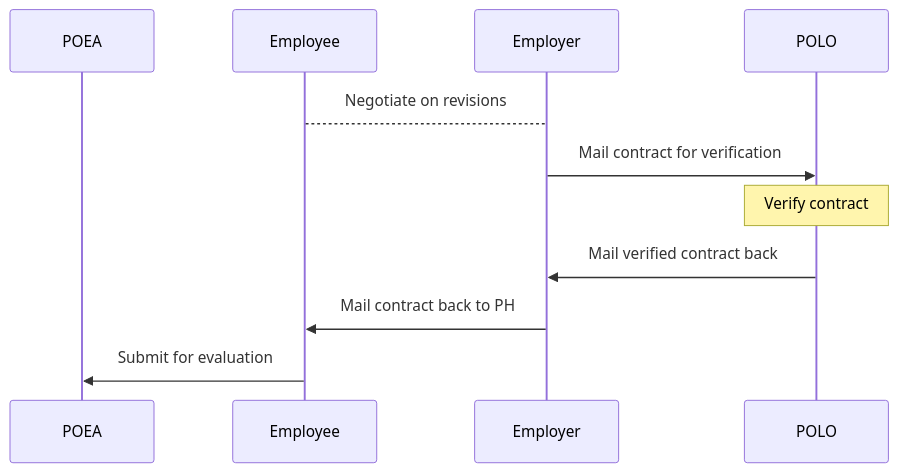
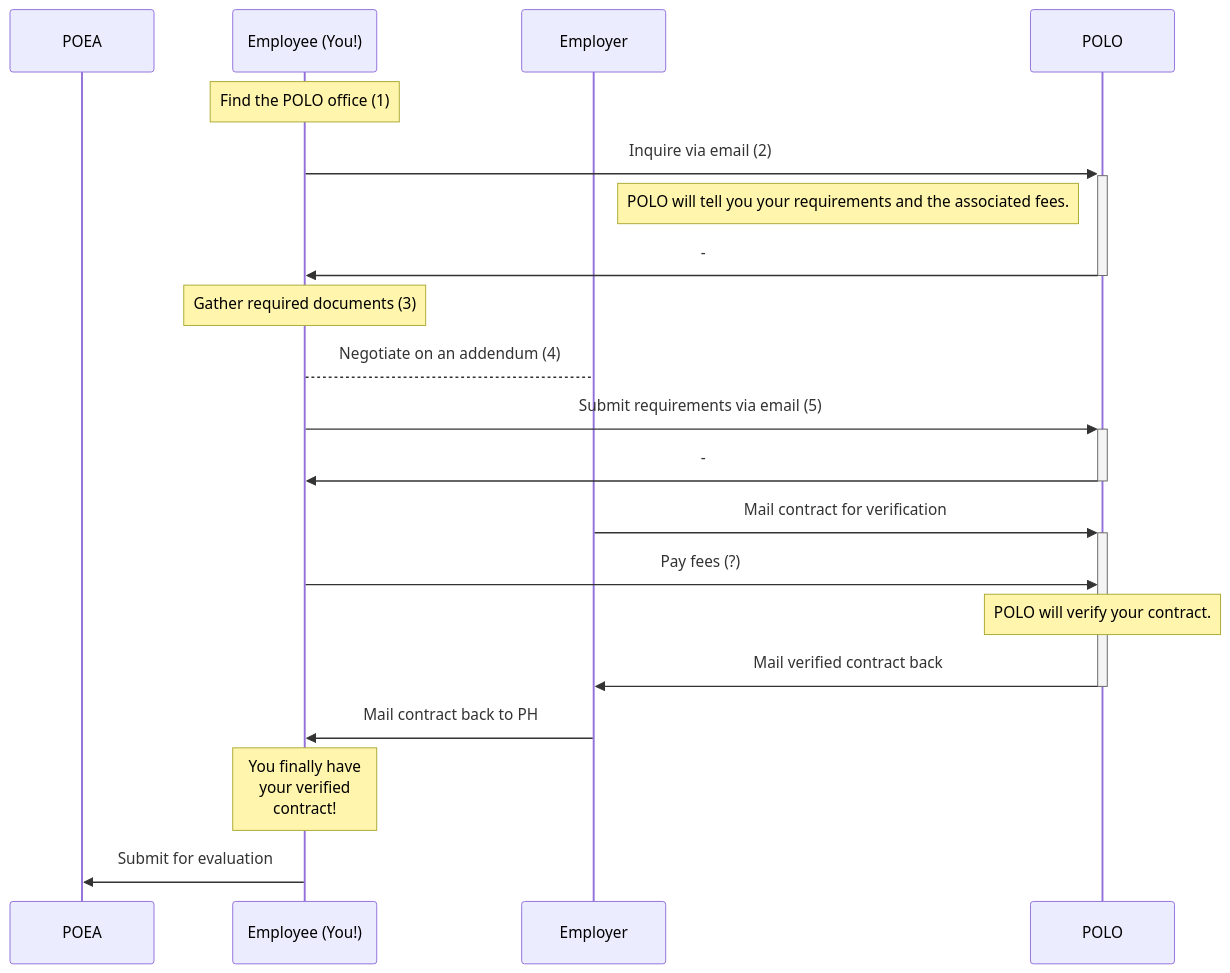
One commit to rstacruz/oec-guide changed the diagram in docs/contract.md. Above: the diagram before and after it, drawn with Mermaid. The commit also changed other lines of this file and 9 other files, not shown here.

````diff
--- a/docs/contract.md
+++ b/docs/contract.md
@@ -9,14 +21,28 @@
 ```mermaid
 sequenceDiagram
   participant POEA
-  participant Employee
+  participant Employee as Employee (You!)
   participant Employer
   participant POLO
 
-  Employee-->Employer: Negotiate on revisions
-  Employer->>POLO: Mail contract for verification
-  Note over POLO: Verify contract
-  POLO->>Employer: Mail verified contract back
+  Note over Employee: Find the POLO office (1)
+
+  Employee->>+POLO: Inquire via email (2)
+  Note left of POLO: POLO will tell you your requirements and the associated fees.
+  POLO->>-Employee: -
+
+  Note over Employee: Gather required documents (3)
+  Employee-->Employer: Negotiate on an addendum (4)
+
+  Employee->>+POLO: Submit requirements via email (5)
+  POLO->>-Employee: -
+
+  Employer->>+POLO: Mail contract for verification
+  Employee->>POLO: Pay fees (?)
+  Note over POLO: POLO will verify your contract.
+  POLO->>-Employer: Mail verified contract back
   Employer->>Employee: Mail contract back to PH
+
+  Note over Employee: You finally have<br>your verified<br>contract!
   Employee->>POEA: Submit for evaluation
 ```
````
